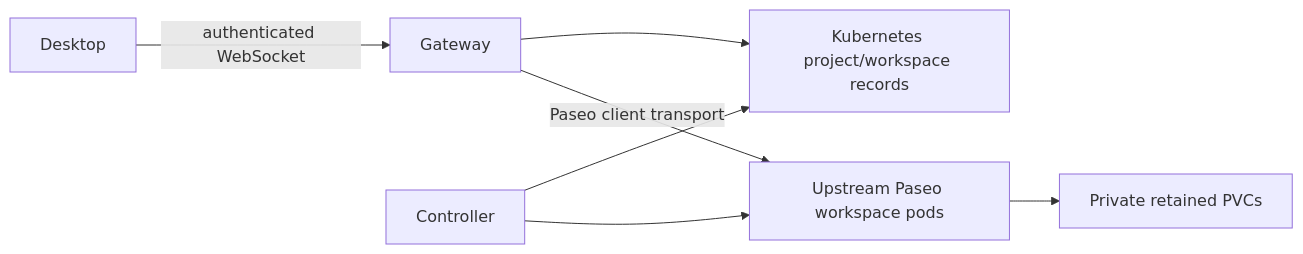
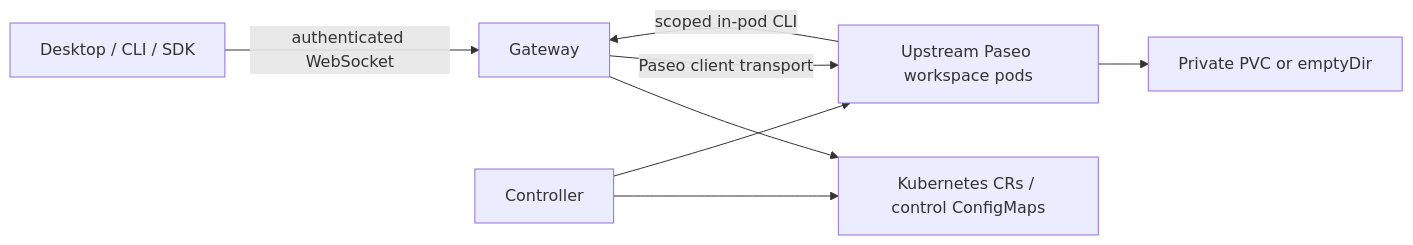
The diagram in docs/architecture.md (manziman/paseo-gateway), drawn with Mermaid before and after one commit. The commit also changed other lines of this file and 88 other files, not shown here.

Commit message:
Implement headless Kubernetes gateway MVP and live parity acceptance

````diff
--- a/docs/architecture.md
+++ b/docs/architecture.md
@@ -8,9 +8,10 @@
 ```mermaid
 flowchart LR
-  Desktop -->|authenticated WebSocket| Gateway
-  Gateway --> Records[Kubernetes project/workspace records]
+  Clients[Desktop / CLI / SDK] -->|authenticated WebSocket| Gateway
+  Gateway --> Records[Kubernetes CRs / control ConfigMaps]
   Controller --> Records
   Controller --> Pods[Upstream Paseo workspace pods]
   Gateway -->|Paseo client transport| Pods
-  Pods --> Volumes[Private retained PVCs]
+  Pods -->|scoped in-pod CLI| Gateway
+  Pods --> Volumes[Private PVC or emptyDir]
 ```
````
